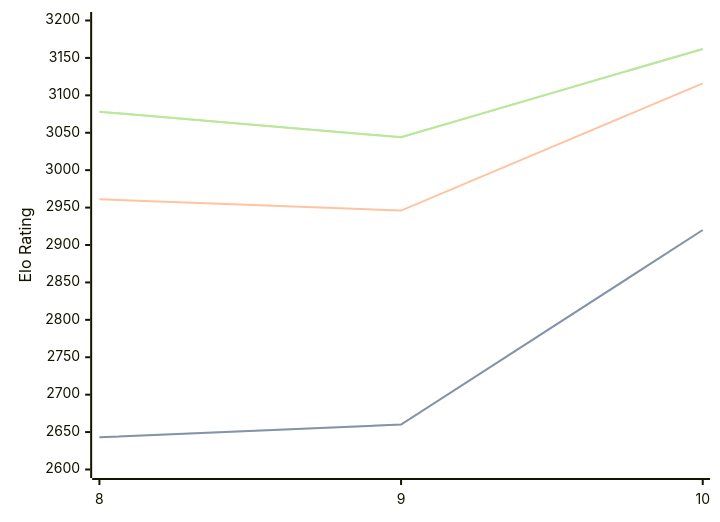
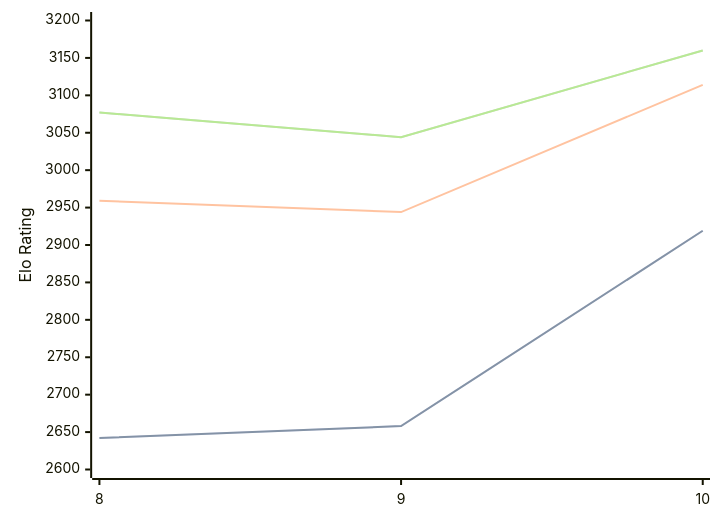
Before and after one commit to computer-chess-index/cci: the diagram in engines/Lozza.md, drawn with Mermaid. The commit also changed other lines of this file, not shown here.

Commit message:
Update CCI Ratings (ELO VLTC) - 2026-03-07

````diff
--- a/engines/Lozza.md
+++ b/engines/Lozza.md
@@ -39,11 +39,11 @@
 ```mermaid
 %%{init: {"theme":"base","themeVariables":{"seriesColors:['#a3a3a3','#222221','#faa371']}}}%%
 xychart-beta
   x-axis ["8", "9", "10"]
   y-axis "Elo Rating" 2600 --> 3200
-  line "STC (8.0+0.08s)" [2643, 2660, 2920]
-  line "STC (8.0+0.08s)" [2643, 2660, 2920]
-  line "LTC (60.0+0.60s)" [2961, 2946, 3116]
-  line "VLTC (2m24s+1.12s)" [3078, 3044, 3162]
-  line "VLTC (2m24s+1.12s)" [3078, 3044, 3162]
+  line "STC (8.0+0.08s)" [2642, 2658, 2919]
+  line "STC (8.0+0.08s)" [2642, 2658, 2919]
+  line "LTC (60.0+0.60s)" [2959, 2944, 3114]
+  line "VLTC (2m24s+1.12s)" [3077, 3044, 3160]
+  line "VLTC (2m24s+1.12s)" [3077, 3044, 3160]
 ```
````
